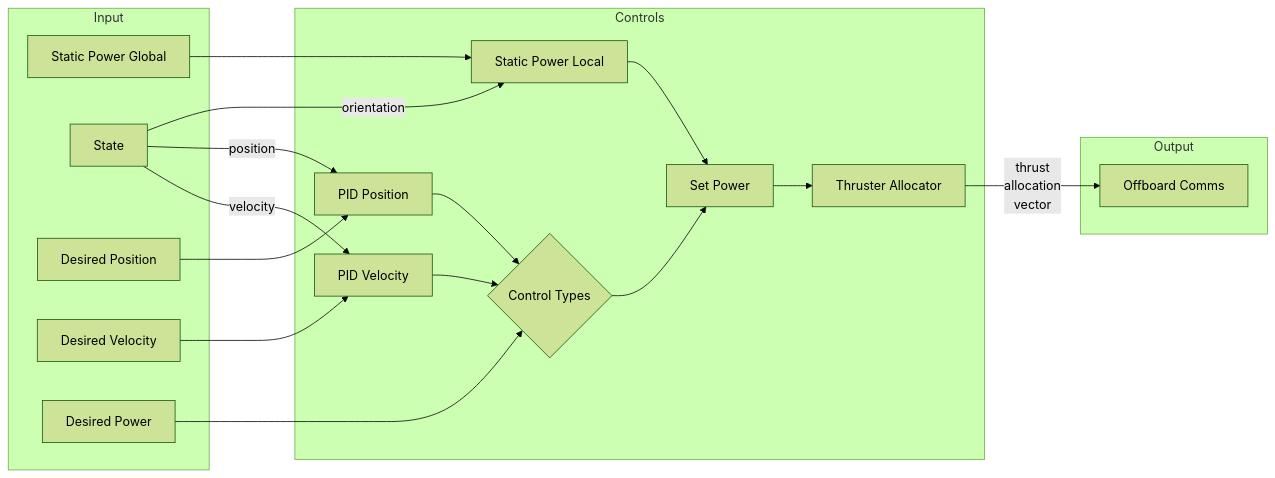
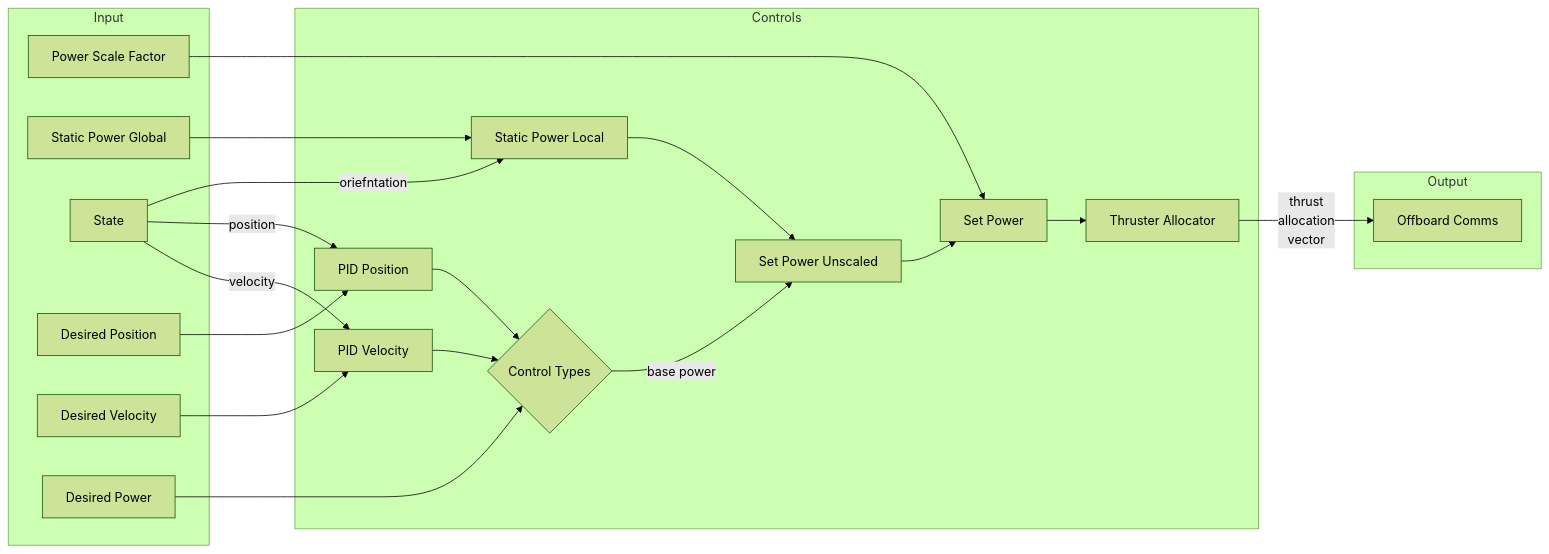
One commit to DukeRobotics/robosub-ros changed the diagram in onboard/catkin_ws/src/controls/README.md. Above: the diagram before and after it, drawn with Mermaid (forest theme). The commit also changed other lines of this file, not shown here.

Commit message:
Added base power to readme and refactored flow diagram

````diff
--- a/onboard/catkin_ws/src/controls/README.md
+++ b/onboard/catkin_ws/src/controls/README.md
@@ -45,49 +45,47 @@
 ```mermaid
 flowchart LR
-    static_power_global[Static Power Global] --- spacer2:::hidden
-    spacer2 --> static_power_local[Static Power Local]
-    state[State] -- orientation --> static_power_local
+    power_scale_factor[Power Scale Factor] --> set_power[Set Power]
+    static_power_global[Static Power Global] ---> static_power_local[Static Power Local]
+    state[State] -- oriefntation --> static_power_local
 
     state -- position --> pid_position[PID Position]
     desired_position[Desired Position] --> pid_position[PID Position]
 
     desired_velocity[Desired Velocity] --> pid_velocity[PID Velocity]
     state[State] -- velocity --> pid_velocity[PID Velocity]
 
-    desired_power[Desired Power] --- spacer:::hidden
+    desired_power[Desired Power] ---> control_types
 
     pid_position --> control_types{Control Types}
     pid_velocity --> control_types
-    spacer --> control_types
 
-    control_types --> set_power[Set Power]
-    static_power_local --> set_power
+    control_types --base power--> set_power_unscaled[Set Power]
+    static_power_local --> set_power_unscaled[Set Power Unscaled]
+    set_power_unscaled --> set_power
     set_power --> thruster_allocator[Thruster Allocator]
     thruster_allocator --thrust<br>allocation<br>vector--> offboard_comms[Offboard Comms]
 
     subgraph Input
+        power_scale_factor
         static_power_global
         state
         desired_position
         desired_velocity
         desired_power
     end
 
     subgraph Controls
         pid_position
         pid_velocity
         control_types
         static_power_local
+        set_power_unscaled
         set_power
         thruster_allocator
-        spacer
-        spacer2
     end
 
     subgraph Output
         offboard_comms
     end
 
-    classDef hidden display:none;
-
 ```
````
